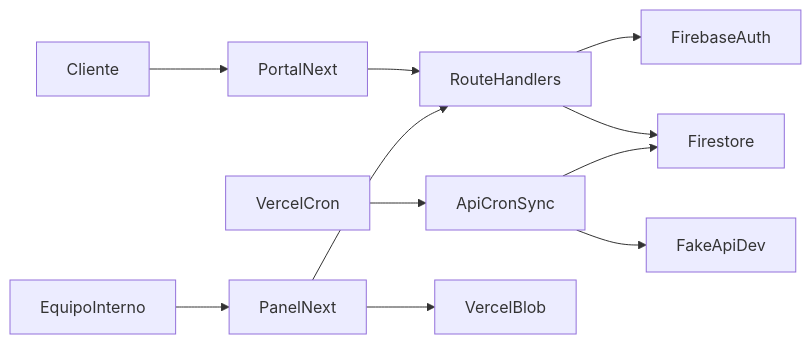
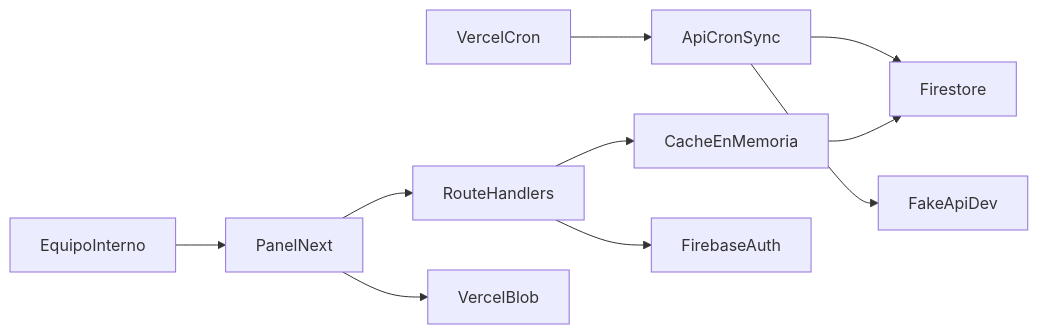
One commit to Dexz121/Programa-de-lealtad-Talento-Warner changed the first of 2 diagrams in README.md. Above: the diagram before and after it, drawn with Mermaid. The commit also changed other lines of this file and 1 other file, not shown here.

````diff
--- a/README.md
+++ b/README.md
@@ -17,13 +23,12 @@
 ```mermaid
 flowchart LR
   staff[EquipoInterno] --> panel[PanelNext]
-  cliente[Cliente] --> portal[PortalNext]
   panel --> api[RouteHandlers]
-  portal --> api
   cron[VercelCron] --> sync[ApiCronSync]
   sync --> fakeapi[FakeApiDev]
   sync --> firestore[Firestore]
-  api --> firestore
+  api --> cache[CacheEnMemoria]
+  cache --> firestore
   api --> auth[FirebaseAuth]
   panel --> blob[VercelBlob]
 ```
````
